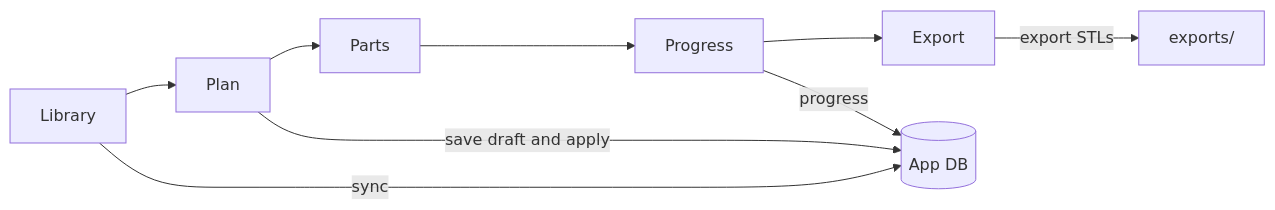
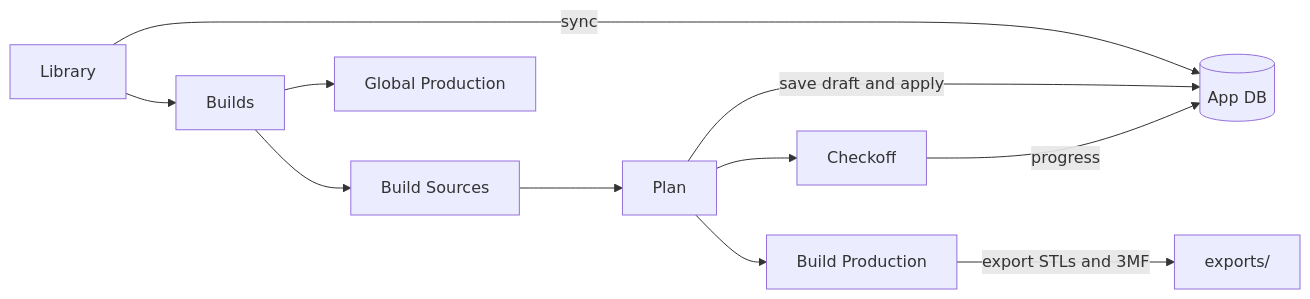
The third of 4 diagrams in docs/ARCHITECTURE.md (poitee/PrintPartnerPartner), drawn with Mermaid before and after one commit. The commit also changed other lines of this file and 17 other files, not shown here.

````diff
--- a/docs/ARCHITECTURE.md
+++ b/docs/ARCHITECTURE.md
@@ -89,11 +89,13 @@
 ```mermaid
 flowchart LR
-  Library[Library] --> Plan[Plan]
-  Plan --> Parts[Parts]
-  Parts --> Progress[Progress]
-  Progress --> Export[Export]
+  Library[Library] --> Builds[Builds]
+  Builds --> Sources[Build Sources]
+  Sources --> Plan[Plan]
+  Plan --> Checkoff[Checkoff]
+  Plan --> Production[Build Production]
+  Builds --> Global[Global Production]
   Library -->|sync| DB[(App DB)]
   Plan -->|save draft and apply| DB
-  Export -->|export STLs| FS[exports/]
-  Progress -->|progress| DB
+  Production -->|export STLs and 3MF| FS[exports/]
+  Checkoff -->|progress| DB
 ```
````
